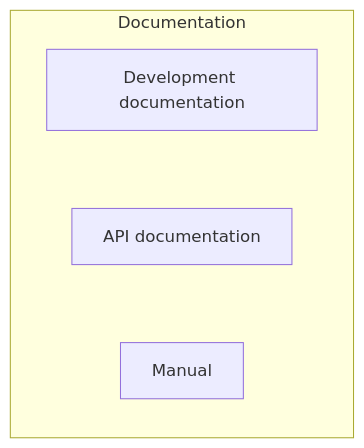
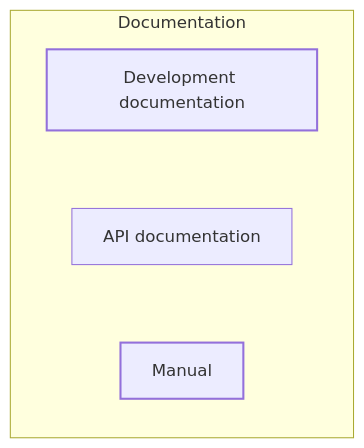
Before and after one commit to spectrum-health-systems/tingen-documentation: the first of 3 diagrams in Development/Tingen Development Processes.md, drawn with Mermaid.

Commit message:
Update Tingen Development Processes.md

````diff
--- a/Development/Tingen Development Processes.md
+++ b/Development/Tingen Development Processes.md
@@ -5,13 +5,11 @@
 ```mermaid
 flowchart LR
   subgraph Documentation
     direction TB
-	  DevelopmentDocumentation["Development documentation"] ~~~
-      ApiDocumentation["API documentation"]
-      Manual["Manual"]
-      DevelopmentDocumentation ~~~ ApiDocumentation ~~~ Manual
+	  DevelopmentDocumentation["Development documentation"] ~~~ ApiDocumentation["API documentation"] 
+	  ApiDocumentation["API documentation"] ~~~ Manual["Manual"]
   end
 
   classDef allNodes stroke-width:2px;
-  class DailyDevelopment,DeployToUat,Testing allNodes;
+  class DevelopmentDocumentation,ApiDocumentationt,Manual allNodes;
 ```
````
